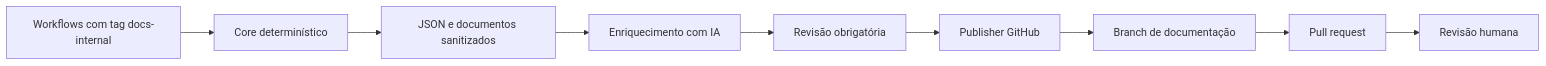
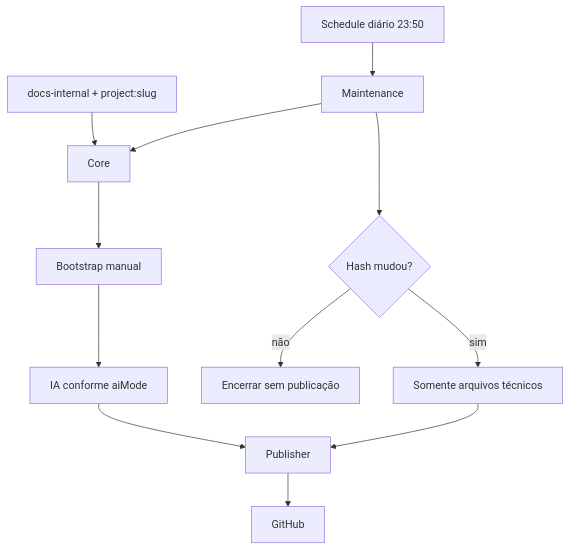
One commit to jhvlima/n8n-workflows changed the diagram in README.md. Above: the diagram before and after it, drawn with Mermaid. The commit also changed other lines of this file and 14 other files, not shown here.

Commit message:
feat: split documentation bootstrap and maintenance

````diff
--- a/README.md
+++ b/README.md
@@ -19,11 +21,15 @@
 ```mermaid
-flowchart LR
-    W[Workflows com tag docs-internal] --> C[Core determinístico]
-    C --> S[JSON e documentos sanitizados]
-    S --> A[Enriquecimento com IA]
-    A --> V[Revisão obrigatória]
-    V --> P[Publisher GitHub]
-    P --> B[Branch de documentação]
-    B --> PR[Pull request]
-    PR --> H[Revisão humana]
+flowchart TD
+    T[docs-internal + project:slug] --> C[Core]
+    C --> B[Bootstrap manual]
+    B --> A[IA conforme aiMode]
+    A --> P[Publisher]
+    P --> G[GitHub]
+
+    S[Schedule diário 23:50] --> M[Maintenance]
+    M --> C
+    M --> H{Hash mudou?}
+    H -->|não| X[Encerrar sem publicação]
+    H -->|sim| Q[Somente arquivos técnicos]
+    Q --> P
 ```
````
